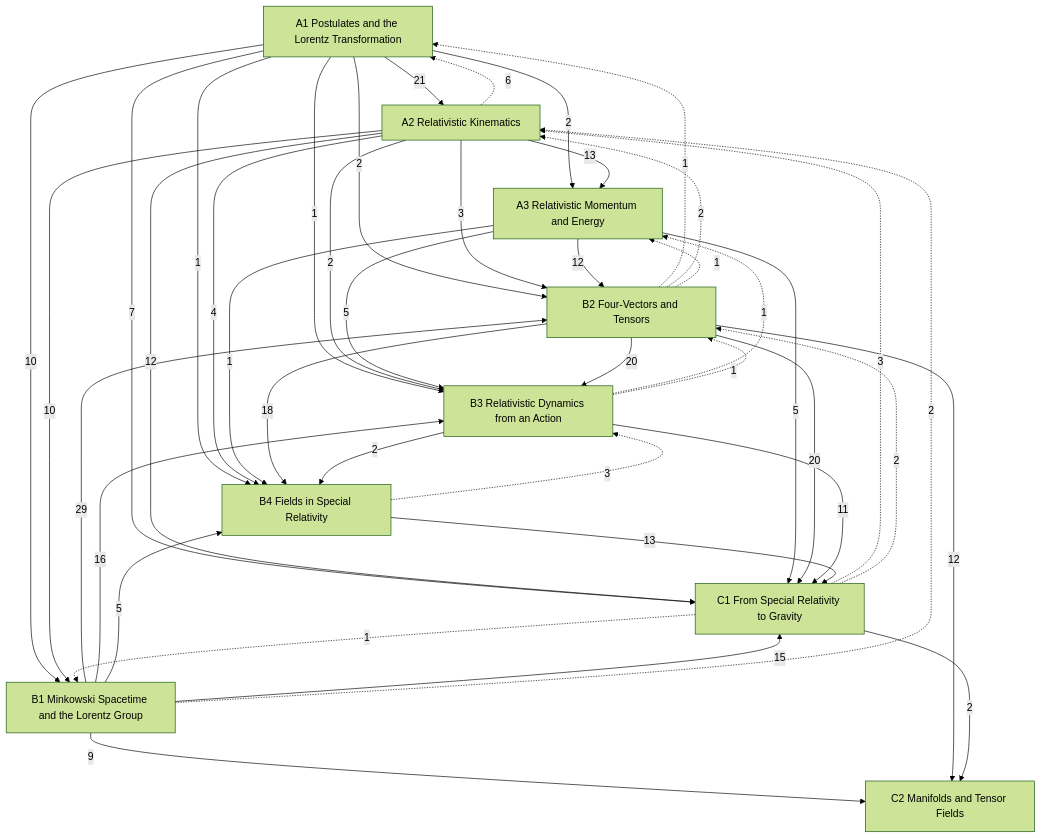
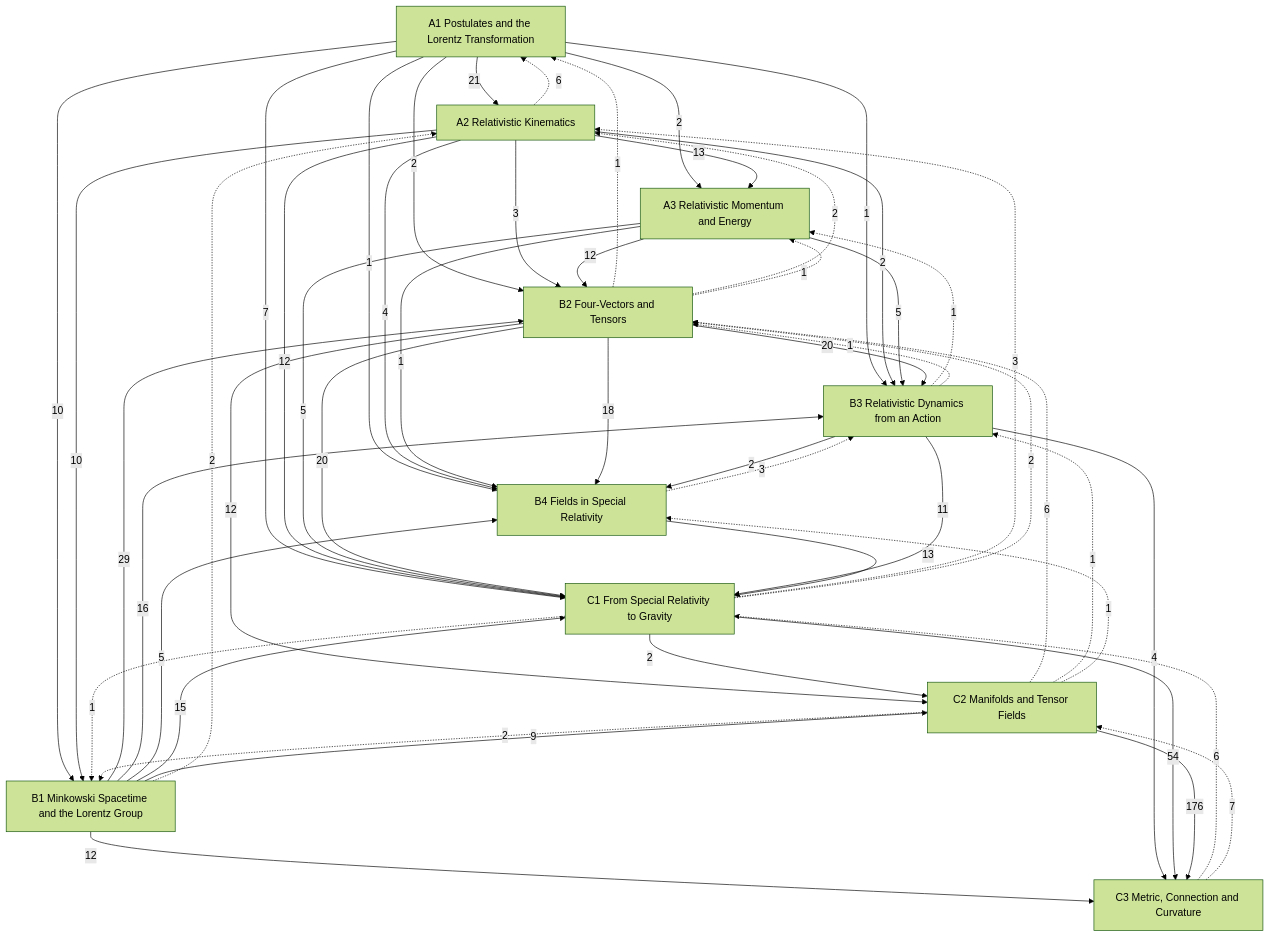
The diagram in Physics/Relativity/Relativity.md (Onion20040508/notes), drawn with Mermaid (forest theme) before and after one commit. The commit also changed other lines of this file and 21 other files, not shown here.

````diff
--- a/Physics/Relativity/Relativity.md
+++ b/Physics/Relativity/Relativity.md
@@ -32,53 +33,64 @@
 ```mermaid
 graph TD
   A1["A1 Postulates and the Lorentz Transformation"]
   A2["A2 Relativistic Kinematics"]
   A3["A3 Relativistic Momentum and Energy"]
   B1["B1 Minkowski Spacetime and the Lorentz Group"]
   B2["B2 Four-Vectors and Tensors"]
   B3["B3 Relativistic Dynamics from an Action"]
   B4["B4 Fields in Special Relativity"]
   C1["C1 From Special Relativity to Gravity"]
   C2["C2 Manifolds and Tensor Fields"]
+  C3["C3 Metric, Connection and Curvature"]
   A1 -->|21| A2
   A1 -->|2| A3
   A2 -->|13| A3
   A1 -->|10| B1
   A2 -->|10| B1
   A1 -->|2| B2
   A2 -->|3| B2
   A3 -->|12| B2
   B1 -->|29| B2
   A1 -->|1| B3
   A2 -->|2| B3
   A3 -->|5| B3
   B1 -->|16| B3
   B2 -->|20| B3
   A1 -->|1| B4
   A2 -->|4| B4
   A3 -->|1| B4
   B1 -->|5| B4
   B2 -->|18| B4
   B3 -->|2| B4
   A1 -->|7| C1
   A2 -->|12| C1
   A3 -->|5| C1
   B1 -->|15| C1
   B2 -->|20| C1
   B3 -->|11| C1
   B4 -->|13| C1
   B1 -->|9| C2
   B2 -->|12| C2
   C1 -->|2| C2
+  B1 -->|12| C3
+  B3 -->|4| C3
+  C1 -->|54| C3
+  C2 -->|176| C3
   A2 -.->|6| A1
   B2 -.->|1| A1
   B1 -.->|2| A2
   B2 -.->|2| A2
   C1 -.->|3| A2
   B2 -.->|1| A3
   B3 -.->|1| A3
   C1 -.->|1| B1
+  C2 -.->|2| B1
   B3 -.->|1| B2
   C1 -.->|2| B2
+  C2 -.->|6| B2
   B4 -.->|3| B3
+  C2 -.->|1| B3
+  C2 -.->|1| B4
+  C3 -.->|6| C1
+  C3 -.->|7| C2
 ```
````
